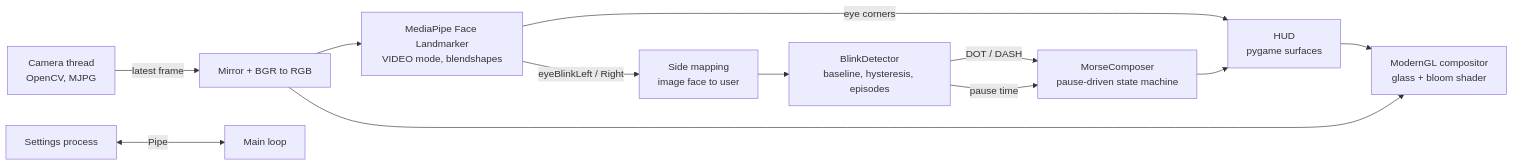
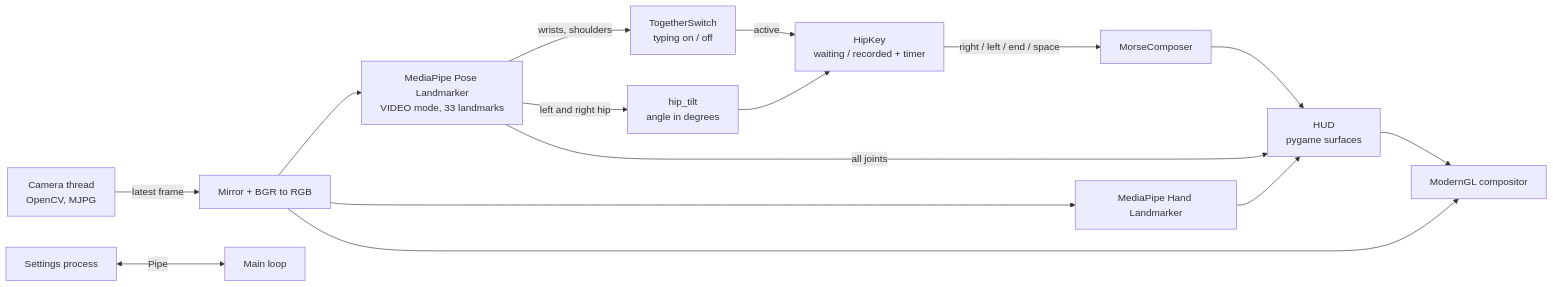
The diagram in README.md (trungsyd2409/AI_computer_vision_morse_coding), drawn with Mermaid before and after one commit. The commit also changed other lines of this file and 9 other files, not shown here.

````diff
--- a/README.md
+++ b/README.md
@@ -188,14 +189,17 @@
 ```mermaid
 flowchart LR
     A[Camera thread<br/>OpenCV, MJPG] -->|latest frame| B[Mirror + BGR to RGB]
-    B --> C[MediaPipe Face Landmarker<br/>VIDEO mode, blendshapes]
-    C -->|eyeBlinkLeft / Right| M[Side mapping<br/>image face to user]
-    M --> D[BlinkDetector<br/>baseline, hysteresis, episodes]
-    D -->|DOT / DASH| F[MorseComposer<br/>pause-driven state machine]
-    D -->|pause time| F
-    C -->|eye corners| G
-    F --> G[HUD<br/>pygame surfaces]
-    G --> H[ModernGL compositor<br/>glass + bloom shader]
-    B --> H
+    B --> C[MediaPipe Pose Landmarker<br/>VIDEO mode, 33 landmarks]
+    B --> H2[MediaPipe Hand Landmarker]
+    C -->|wrists, shoulders| S[TogetherSwitch<br/>typing on / off]
+    C -->|left and right hip| T[hip_tilt<br/>angle in degrees]
+    T --> K[HipKey<br/>waiting / recorded + timer]
+    S -->|active| K
+    K -->|right / left / end / space| F[MorseComposer]
+    C -->|all joints| G[HUD<br/>pygame surfaces]
+    H2 --> G
+    F --> G
+    G --> M[ModernGL compositor]
+    B --> M
     I[Settings process] <-->|Pipe| J[Main loop]
 ```
````
